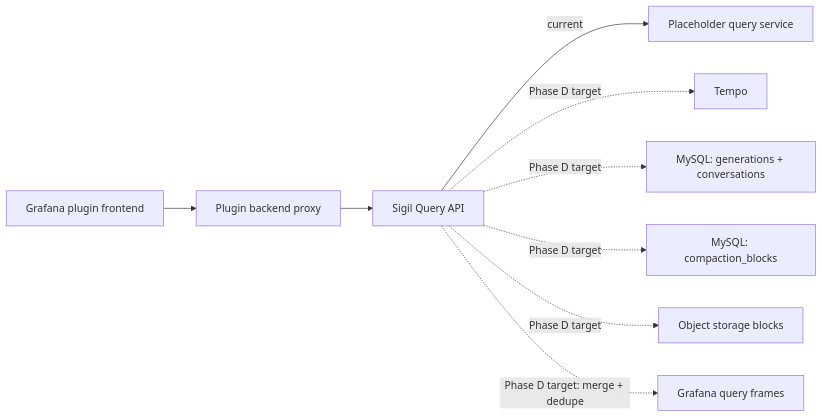
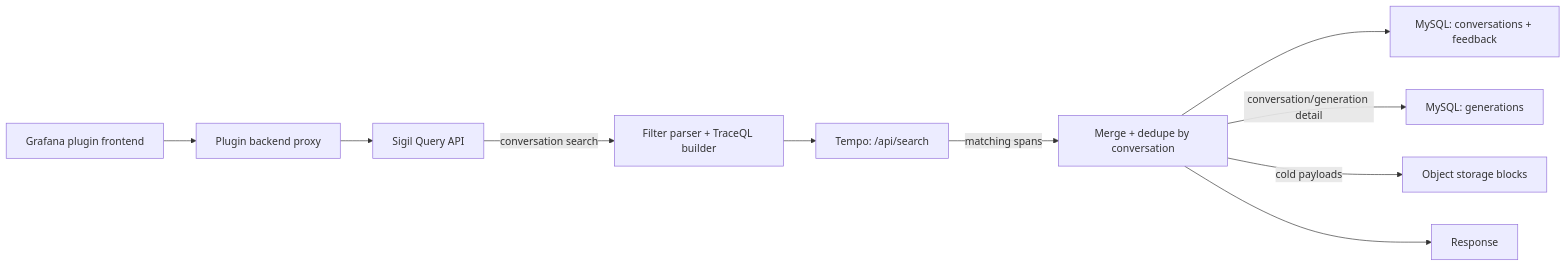
The second of 5 diagrams in ARCHITECTURE.md (toddtreece/sigil), drawn with Mermaid before and after one commit. The commit also changed other lines of this file and 4 other files, not shown here.

First line of the commit message:
docs: update architecture and design documents for conversation query path

````diff
--- a/ARCHITECTURE.md
+++ b/ARCHITECTURE.md
@@ -154,11 +170,12 @@
 ```mermaid
 flowchart LR
     A["Grafana plugin frontend"] --> B["Plugin backend proxy"]
     B --> C["Sigil Query API"]
-    C -->|"current"| D["Placeholder query service"]
-    C -.->|"Phase D target"| E["Tempo"]
-    C -.->|"Phase D target"| F["MySQL: generations + conversations"]
-    C -.->|"Phase D target"| G["MySQL: compaction_blocks"]
-    C -.->|"Phase D target"| H["Object storage blocks"]
-    C -.->|"Phase D target: merge + dedupe"| I["Grafana query frames"]
+    C -->|"conversation search"| D["Filter parser + TraceQL builder"]
+    D --> E["Tempo: /api/search"]
+    E -->|"matching spans"| F["Merge + dedupe by conversation"]
+    F --> G["MySQL: conversations + feedback"]
+    F -->|"conversation/generation detail"| H["MySQL: generations"]
+    F -->|"cold payloads"| I["Object storage blocks"]
+    F --> J["Response"]
 ```
````
